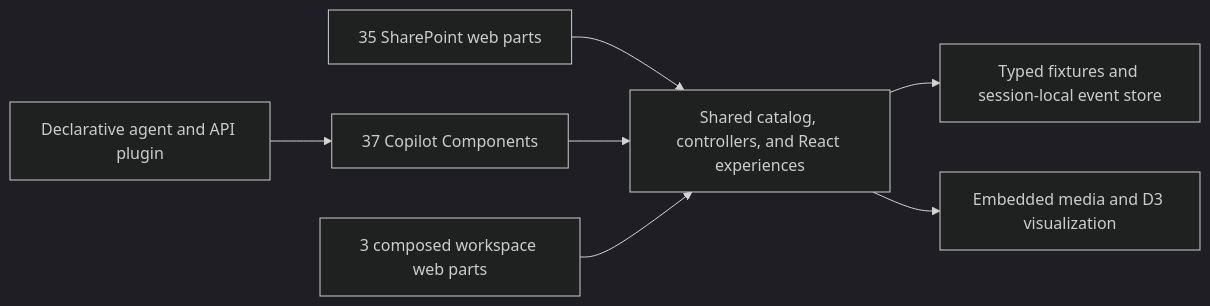
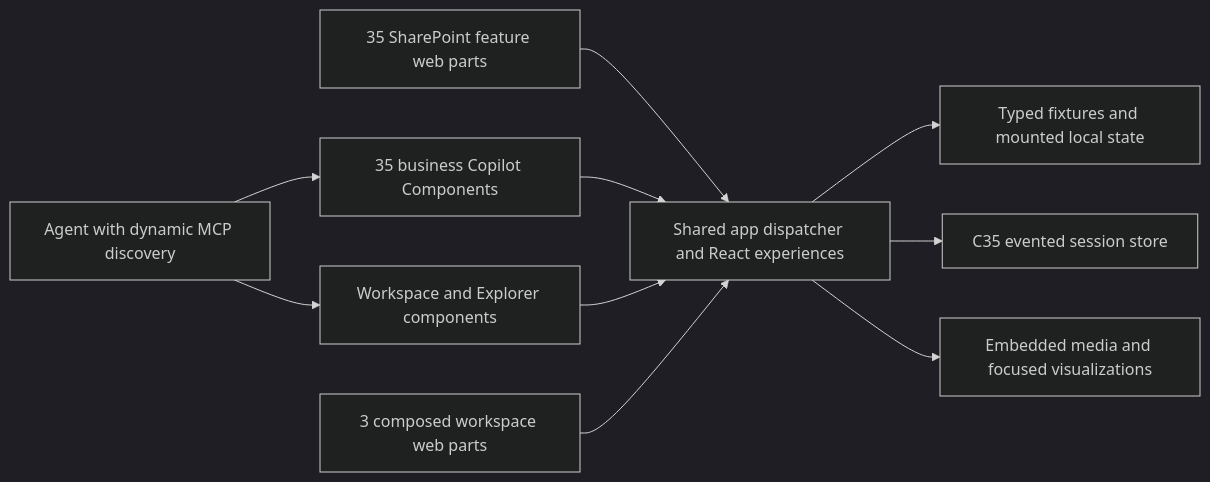
One commit to pnp/spfx-copilot-components changed the first of 2 diagrams in samples/zava-one-hub/docs/release-readiness.md. Above: the diagram before and after it, drawn with Mermaid (dark theme). The commit also changed other lines of this file and 32 other files, not shown here.

````diff
--- a/samples/zava-one-hub/docs/release-readiness.md
+++ b/samples/zava-one-hub/docs/release-readiness.md
@@ -7,9 +50,12 @@
 ```mermaid
 flowchart LR
-  SP[35 SharePoint web parts] --> Shared[Shared catalog, controllers, and React experiences]
-  CC[37 Copilot Components] --> Shared
-  WS[3 composed workspace web parts] --> Shared
-  Shared --> Store[Typed fixtures and session-local event store]
-  Shared --> Media[Embedded media and D3 visualization]
-  Agent[Declarative agent and API plugin] --> CC
+  SP[35 SharePoint feature web parts] --> App[Shared app dispatcher and React experiences]
+  CC[35 business Copilot Components] --> App
+  INF[Workspace and Explorer components] --> App
+  WS[3 composed workspace web parts] --> App
+  Agent[Agent with dynamic MCP discovery] --> CC
+  Agent --> INF
+  App --> Local[Typed fixtures and mounted local state]
+  App --> Store[C35 evented session store]
+  App --> Media[Embedded media and focused visualizations]
 ```
````
